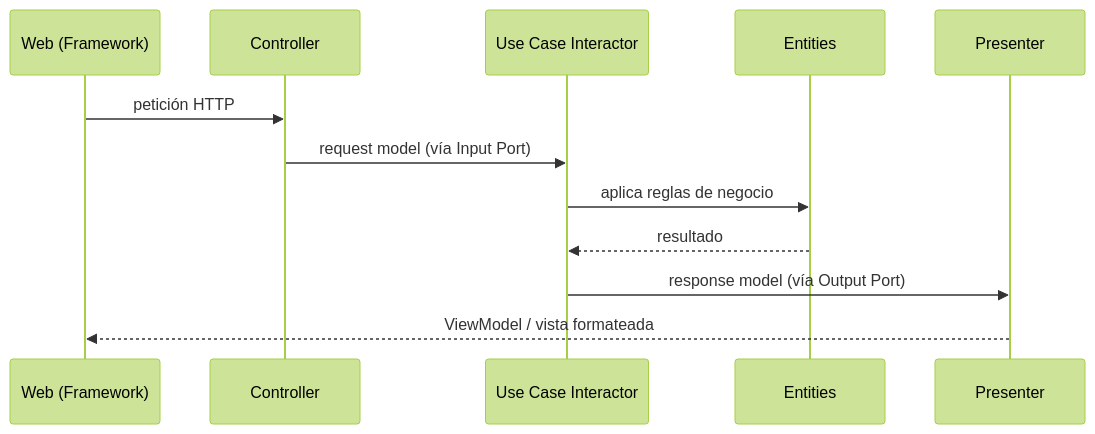
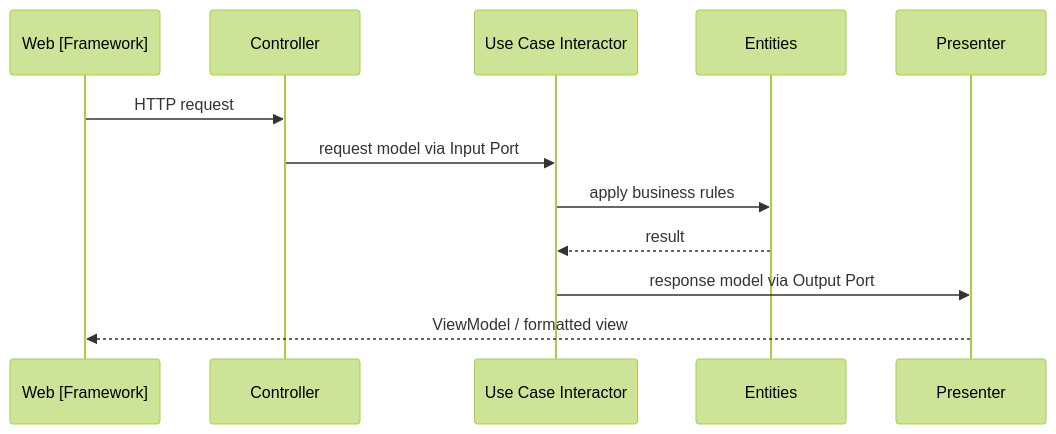
Before and after one commit to JavierMachucaA/clean-architecture-guia: the third of 3 diagrams in 08-la-arquitectura-limpia/03-cruce-de-limites-e-inversion.md, drawn with Mermaid (forest theme). The commit also changed other lines of this file and 6 other files, not shown here.

````diff
--- a/08-la-arquitectura-limpia/03-cruce-de-limites-e-inversion.md
+++ b/08-la-arquitectura-limpia/03-cruce-de-limites-e-inversion.md
@@ -58,14 +65,14 @@
 ```mermaid
 sequenceDiagram
-    participant W as Web (Framework)
+    participant W as Web [Framework]
     participant C as Controller
     participant U as Use Case Interactor
     participant E as Entities
     participant P as Presenter
-    W->>C: petición HTTP
-    C->>U: request model (vía Input Port)
-    U->>E: aplica reglas de negocio
-    E-->>U: resultado
-    U->>P: response model (vía Output Port)
-    P-->>W: ViewModel / vista formateada
+    W->>C: HTTP request
+    C->>U: request model via Input Port
+    U->>E: apply business rules
+    E-->>U: result
+    U->>P: response model via Output Port
+    P-->>W: ViewModel / formatted view
 ```
````
